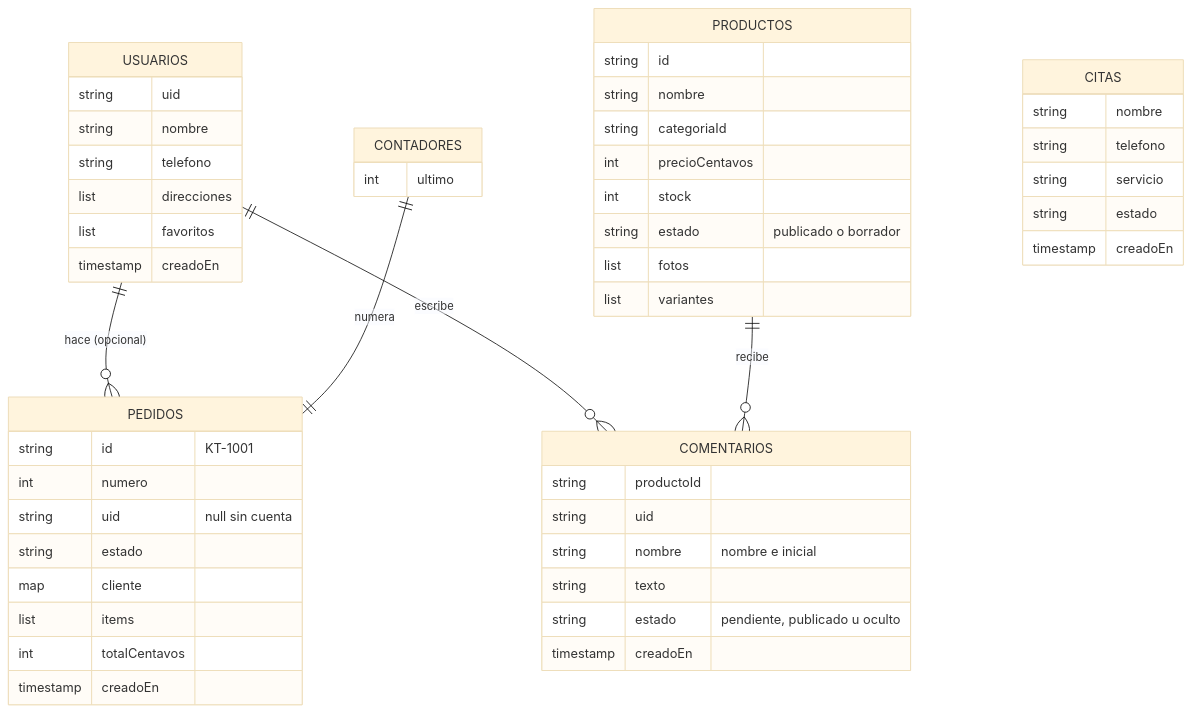
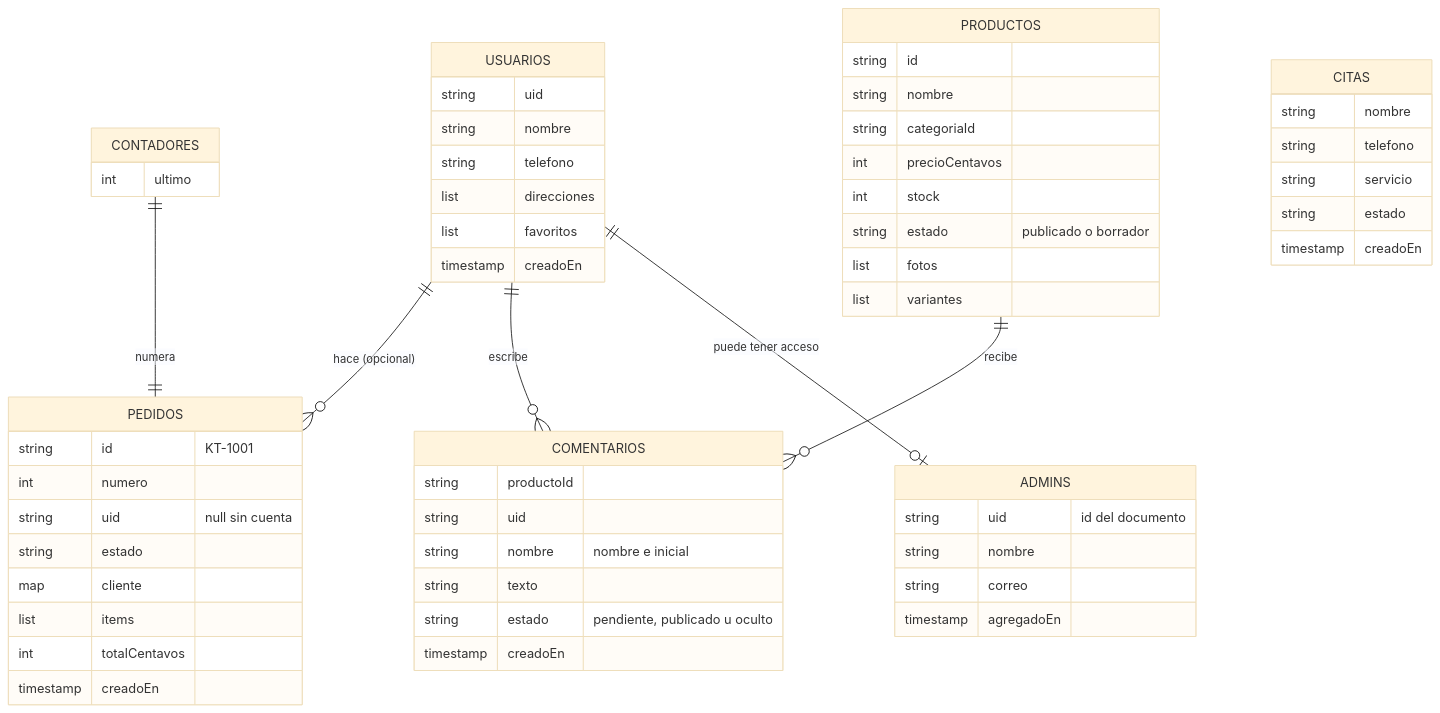
Before and after one commit to JMMM11/KIREITECHNOLOGY: the third of 5 diagrams in docs/ARQUITECTURA.md, drawn with Mermaid (base theme). The commit also changed 265 other files, not shown here.

````diff
--- a/docs/ARQUITECTURA.md
+++ b/docs/ARQUITECTURA.md
@@ -75,54 +75,61 @@
 ```mermaid
 erDiagram
   USUARIOS ||--o{ PEDIDOS : "hace (opcional)"
   USUARIOS ||--o{ COMENTARIOS : escribe
   PRODUCTOS ||--o{ COMENTARIOS : recibe
   CONTADORES ||--|| PEDIDOS : numera
+  USUARIOS ||--o| ADMINS : "puede tener acceso"
 
   PRODUCTOS {
     string id
     string nombre
     string categoriaId
     int precioCentavos
     int stock
     string estado "publicado o borrador"
     list fotos
     list variantes
   }
   USUARIOS {
     string uid
     string nombre
     string telefono
     list direcciones
     list favoritos
     timestamp creadoEn
   }
   PEDIDOS {
     string id "KT-1001"
     int numero
     string uid "null sin cuenta"
     string estado
     map cliente
     list items
     int totalCentavos
     timestamp creadoEn
   }
   CONTADORES {
     int ultimo
   }
+  ADMINS {
+    string uid "id del documento"
+    string nombre
+    string correo
+    timestamp agregadoEn
+  }
   CITAS {
     string nombre
     string telefono
     string servicio
     string estado
     timestamp creadoEn
   }
   COMENTARIOS {
     string productoId
     string uid
     string nombre "nombre e inicial"
     string texto
     string estado "pendiente, publicado u oculto"
     timestamp creadoEn
   }
 ```
````
